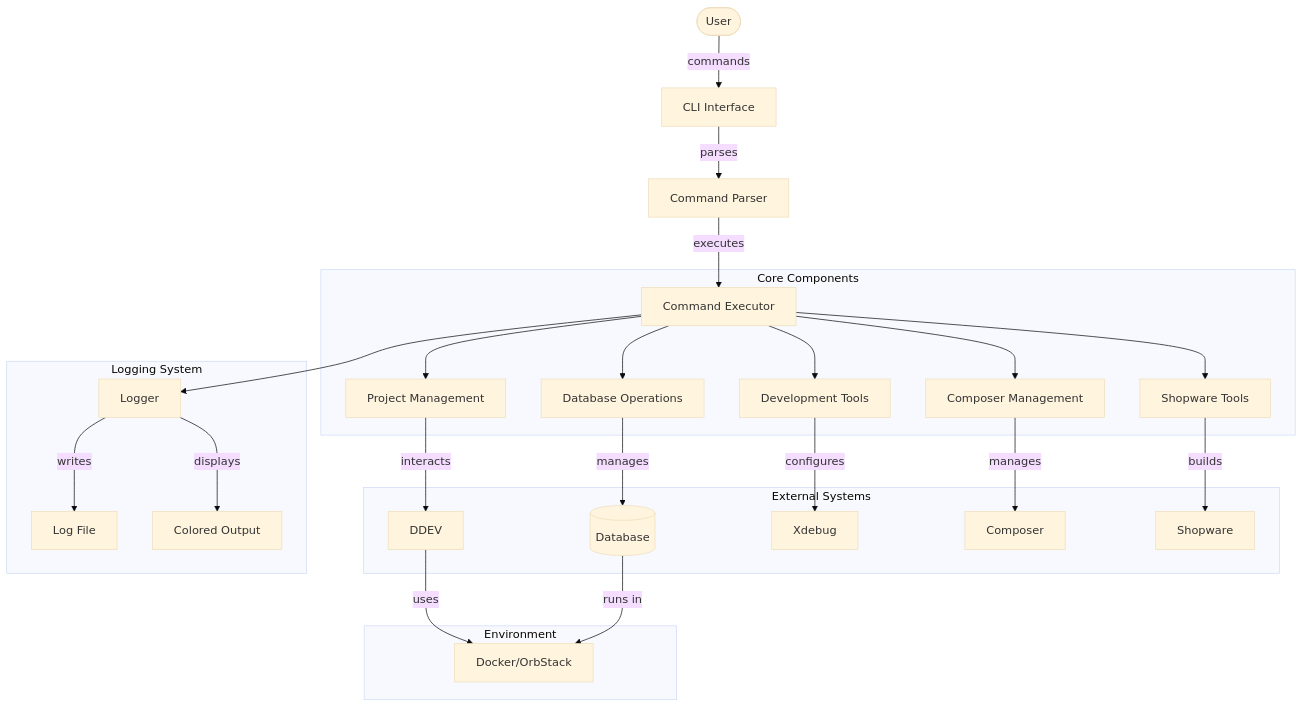
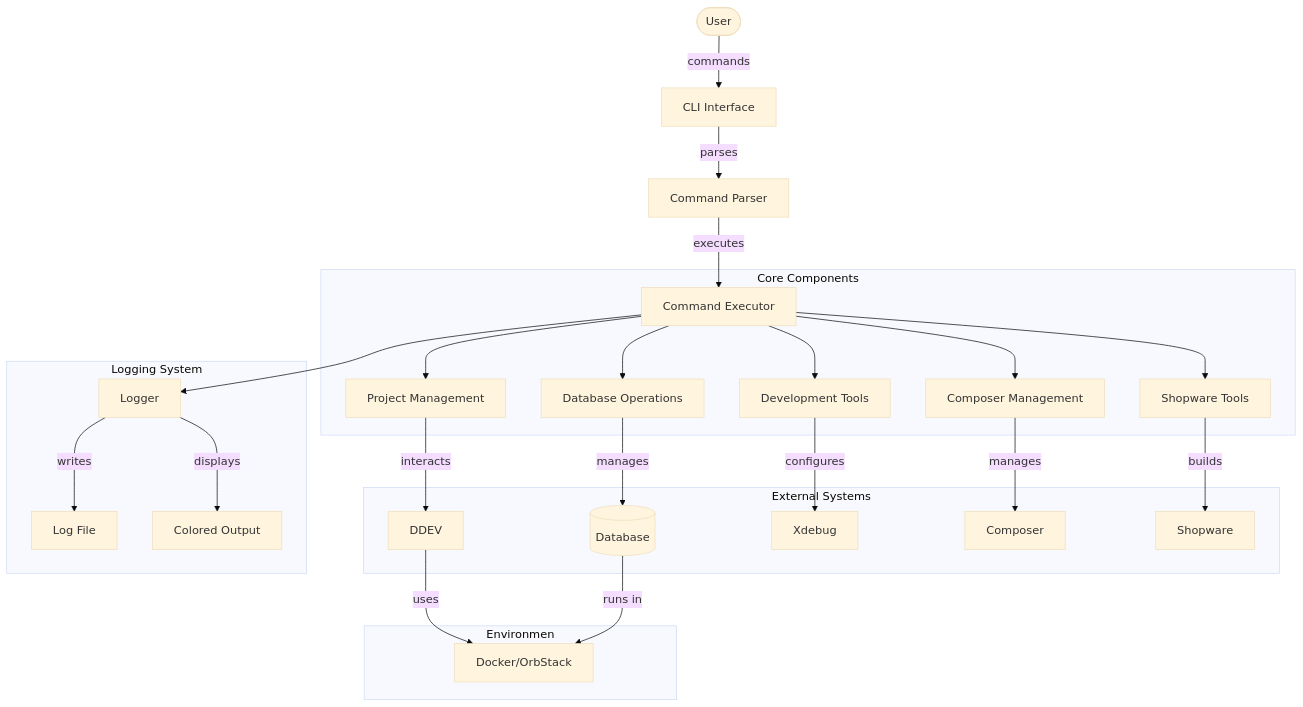
One commit to akaw/dev-cli-tools changed the diagram in README.md. Above: the diagram before and after it, drawn with Mermaid (base theme). The commit also changed other lines of this file and 16 other files, not shown here.

````diff
--- a/README.md
+++ b/README.md
@@ -14,33 +14,33 @@
 ```mermaid
 graph TB
     User([User]) --> |commands| CLI[CLI Interface]
     CLI --> |parses| Parser[Command Parser]
     Parser --> |executes| CommandExecutor[Command Executor]
-    
+
     subgraph Core Components
         CommandExecutor --> ProjectMgmt[Project Management]
         CommandExecutor --> DBOps[Database Operations]
         CommandExecutor --> DevTools[Development Tools]
         CommandExecutor --> ComposerMgmt[Composer Management]
         CommandExecutor --> ShopwareTools[Shopware Tools]
     end
 
     subgraph External Systems
         ProjectMgmt --> |interacts| DDEV[DDEV]
         DBOps --> |manages| Database[(Database)]
         DevTools --> |configures| Xdebug[Xdebug]
         ComposerMgmt --> |manages| Composer[Composer]
         ShopwareTools --> |builds| Shopware[Shopware]
     end
 
-    subgraph Environment
+    subgraph Environmen
         DDEV --> |uses| Docker[Docker/OrbStack]
         Database --> |runs in| Docker
     end
 
     subgraph Logging System
         CommandExecutor --> Logger[Logger]
         Logger --> |writes| LogFile[Log File]
         Logger --> |displays| ColorOutput[Colored Output]
     end
 ```
````
